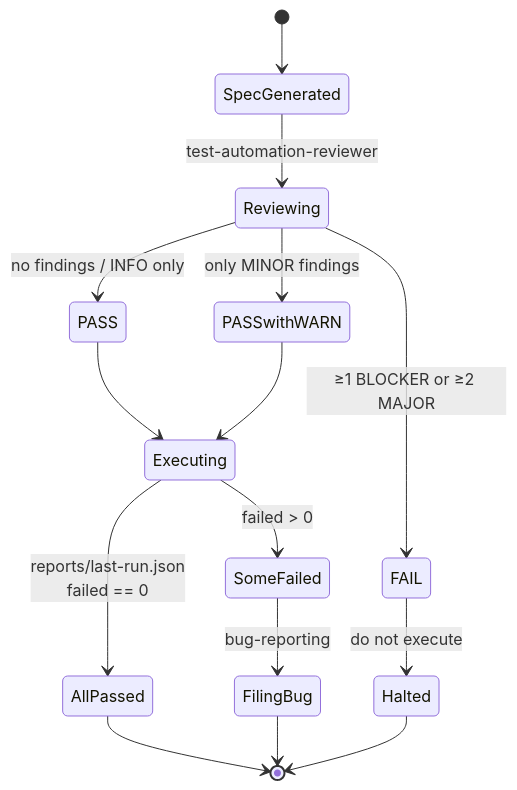
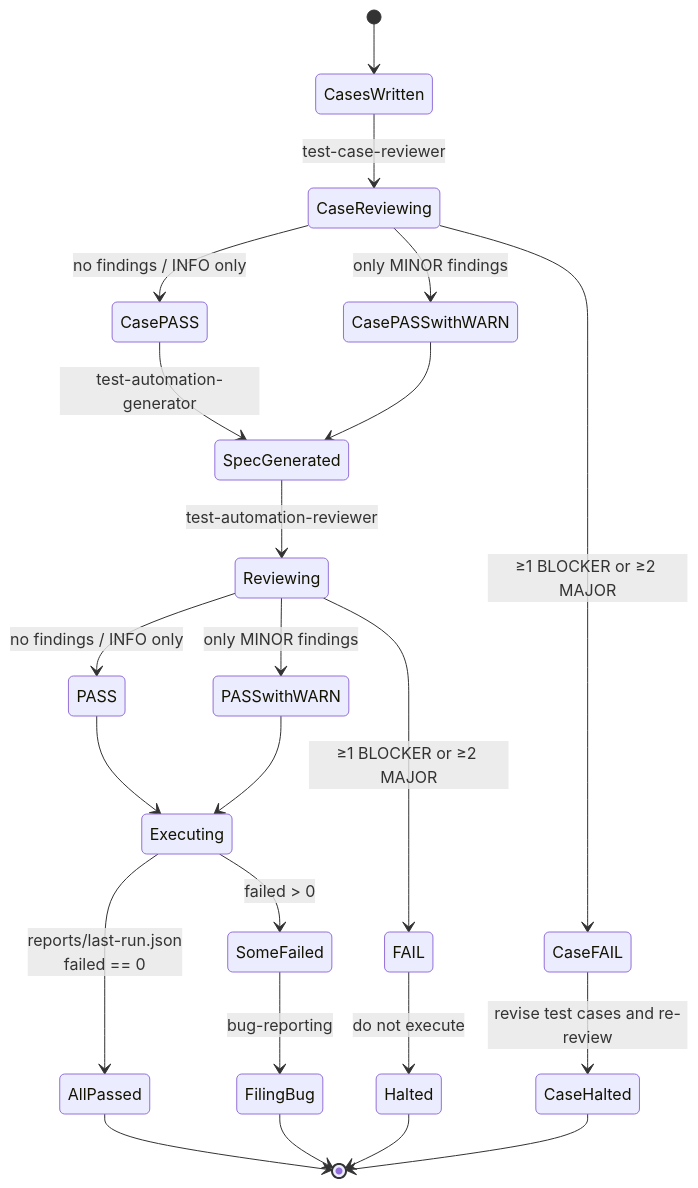
The eighth of 11 diagrams in .docs/workflow.md (jannatul-ferdous-enosis/demoblaze-agentic-framework), drawn with Mermaid before and after one commit. The commit also changed other lines of this file and 10 other files, not shown here.

Commit message:
feat: add test-case-reviewer skill and integrate into workflows

````diff
--- a/.docs/workflow.md
+++ b/.docs/workflow.md
@@ -263,20 +272,29 @@
 ```mermaid
 stateDiagram-v2
-    [*] --> SpecGenerated
+    [*] --> CasesWritten
+    CasesWritten --> CaseReviewing: test-case-reviewer
+    CaseReviewing --> CasePASS: no findings / INFO only
+    CaseReviewing --> CasePASSwithWARN: only MINOR findings
+    CaseReviewing --> CaseFAIL: ≥1 BLOCKER or ≥2 MAJOR
+    CasePASS --> SpecGenerated: test-automation-generator
+    CasePASSwithWARN --> SpecGenerated
+    CaseFAIL --> CaseHalted: revise test cases and re-review
+
     SpecGenerated --> Reviewing: test-automation-reviewer
     Reviewing --> PASS: no findings / INFO only
     Reviewing --> PASSwithWARN: only MINOR findings
     Reviewing --> FAIL: ≥1 BLOCKER or ≥2 MAJOR
 
     PASS --> Executing
     PASSwithWARN --> Executing
     FAIL --> Halted: do not execute
 
     Executing --> AllPassed: reports/last-run.json<br/>failed == 0
     Executing --> SomeFailed: failed > 0
 
     AllPassed --> [*]
     SomeFailed --> FilingBug: bug-reporting
     FilingBug --> [*]
     Halted --> [*]
+    CaseHalted --> [*]
 ```
````
